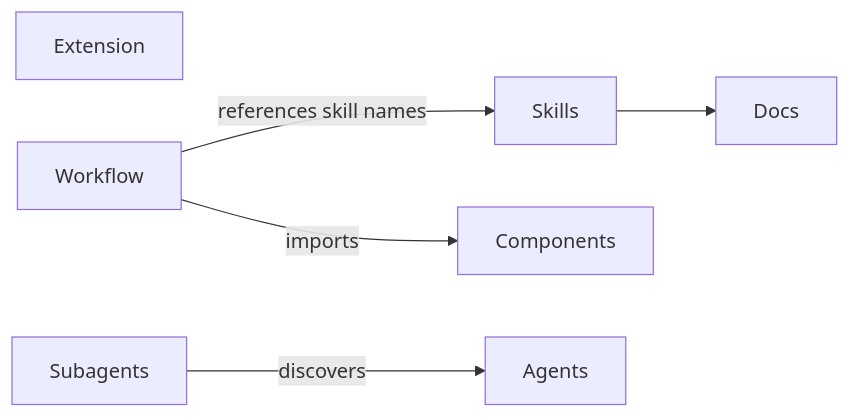
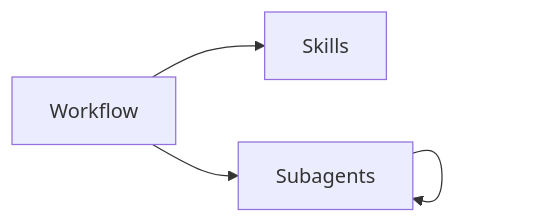
One commit to alennartz/my-pi changed the first of 2 diagrams in codemap.md. Above: the diagram before and after it, drawn with Mermaid. The commit also changed other lines of this file, not shown here.

````diff
--- a/codemap.md
+++ b/codemap.md
@@ -7,10 +7,6 @@
 ```mermaid
 graph LR
-  Skills --> Docs
-  Extension
-  Workflow -->|references skill names| Skills
-  Workflow -->|imports| Components
-  Components
-  Subagents -->|discovers| Agents
-  Agents
+  Workflow --> Skills
+  Workflow --> Subagents
+  Subagents --> Subagents
 ```
````
